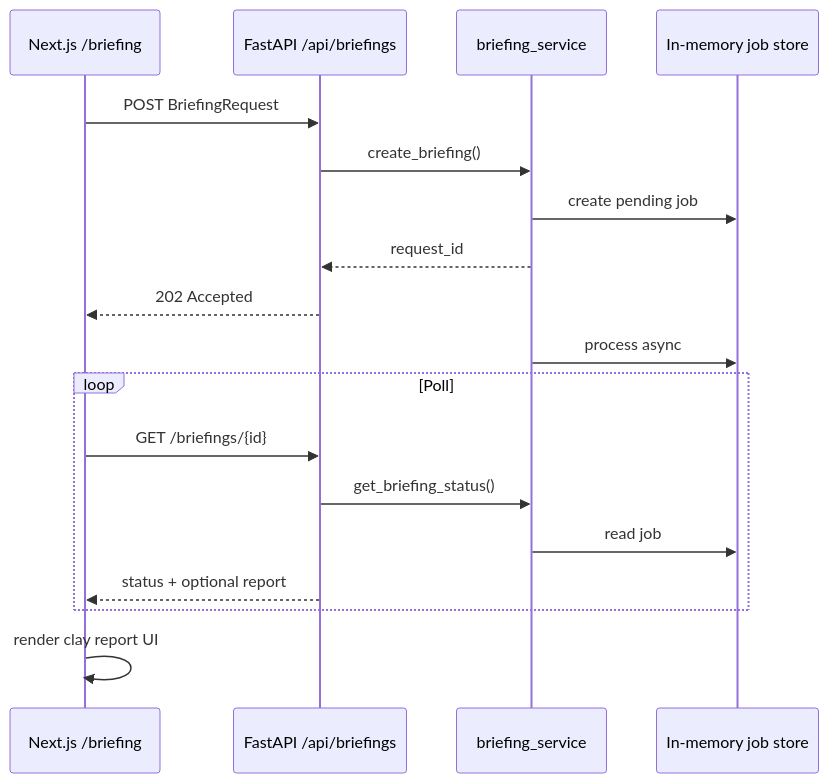
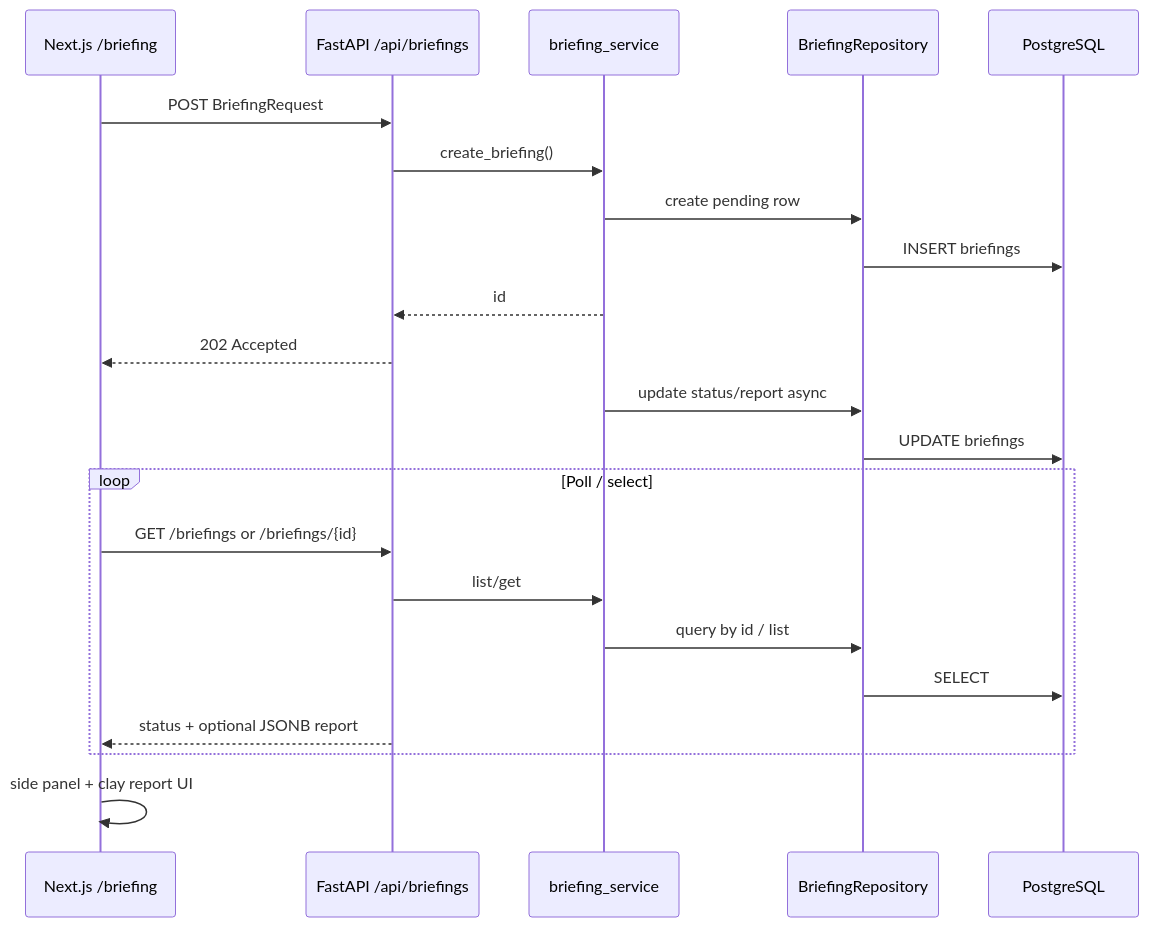
One commit to olise366oi/BriefCortex changed the diagram in docs/ARCHITECTURE.md. Above: the diagram before and after it, drawn with Mermaid. The commit also changed other lines of this file and 33 other files, not shown here.

Commit message:
list of briefings and persistence in psql without user auth

````diff
--- a/docs/ARCHITECTURE.md
+++ b/docs/ARCHITECTURE.md
@@ -5,21 +5,25 @@
 ```mermaid
 sequenceDiagram
   participant UI as Next.js /briefing
   participant API as FastAPI /api/briefings
   participant Svc as briefing_service
-  participant Store as In-memory job store
+  participant Repo as BriefingRepository
+  participant PG as PostgreSQL
 
   UI->>API: POST BriefingRequest
   API->>Svc: create_briefing()
-  Svc->>Store: create pending job
-  Svc-->>API: request_id
+  Svc->>Repo: create pending row
+  Repo->>PG: INSERT briefings
+  Svc-->>API: id
   API-->>UI: 202 Accepted
-  Svc->>Store: process async
-  loop Poll
-    UI->>API: GET /briefings/{id}
-    API->>Svc: get_briefing_status()
-    Svc->>Store: read job
-    API-->>UI: status + optional report
+  Svc->>Repo: update status/report async
+  Repo->>PG: UPDATE briefings
+  loop Poll / select
+    UI->>API: GET /briefings or /briefings/{id}
+    API->>Svc: list/get
+    Svc->>Repo: query by id / list
+    Repo->>PG: SELECT
+    API-->>UI: status + optional JSONB report
   end
-  UI->>UI: render clay report UI
+  UI->>UI: side panel + clay report UI
 ```
````
